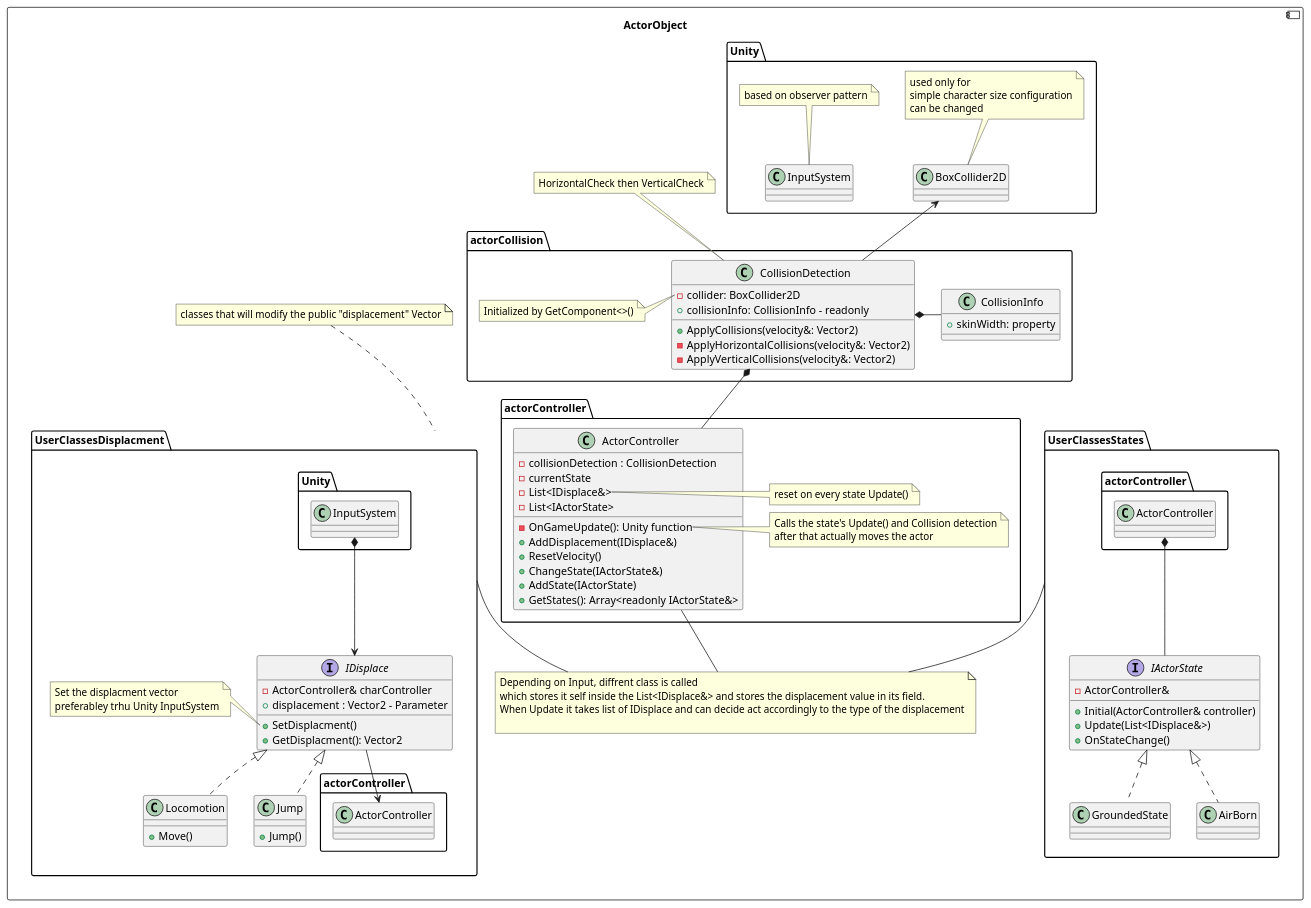
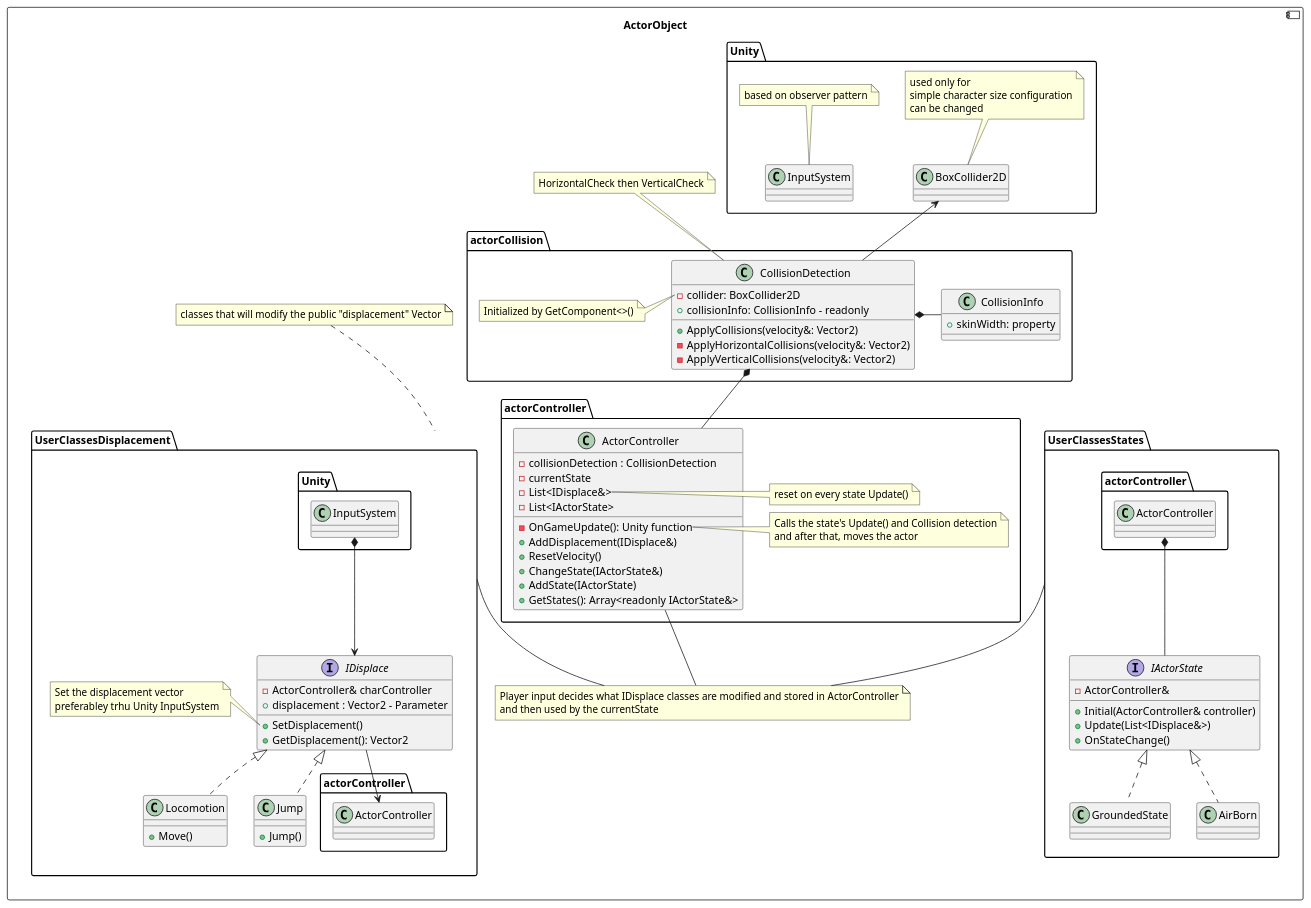
The first of 2 diagrams in UMLs/src/Class_Diagram_Overview.puml (CZOLGOWUS/Unity_2d_Character_Controller), drawn with PlantUML before and after one commit. The commit also changed other lines of this file and 74 other files, not shown here.

```diff
--- a/UMLs/src/Class_Diagram_Overview.puml
+++ b/UMLs/src/Class_Diagram_Overview.puml
@@ -1,163 +1,161 @@
 @startuml class_overview
 component ActorObject{
 namespace Unity{
     class BoxCollider2D
     {
 
     }
     class InputSystem 
     {
     }
 
 /' ++++++++++ NOTES ++++++++++ '/
 note top of BoxCollider2D
     used only for
     simple character size configuration
     can be changed
 end note
 
 note top of InputSystem
     based on observer pattern
 end note
 /' --------- NOTES ----------- '/
 
 }
 
 namespace actorCollision{
 
     class CollisionInfo 
     {
         + skinWidth: property
     }
 
     class CollisionDetection 
     {
         - collider: BoxCollider2D 
         + collisionInfo: CollisionInfo - readonly
         + ApplyCollisions(velocity&: Vector2)
         - ApplyHorizontalCollisions(velocity&: Vector2)
         - ApplyVerticalCollisions(velocity&: Vector2)
     }
 
     CollisionDetection *- CollisionInfo
 
 /' ++++++++++ NOTES ++++++++++ '/
 note left of CollisionDetection::collider
     Initialized by GetComponent<>()
 end note
 /' --------- NOTES ----------- '/
 
 }
 
 namespace actorController{
 
     class ActorController
     {
         - collisionDetection : CollisionDetection
         - currentState
         - List<IDisplace&>
         - List<IActorState>
         - OnGameUpdate(): Unity function
         + AddDisplacement(IDisplace&)
         + ResetVelocity()
         + ChangeState(IActorState&)
         + AddState(IActorState) /'debatable if nessesery'/
         + GetStates(): Array<readonly IActorState&>
     }
 
 
 /' ++++++++++ NOTES ++++++++++ '/
 note right of ActorController::List<IDisplace&>
     reset on every state Update()
 end note
 
 note right of ActorController::OnGameUpdate
     Calls the state's Update() and Collision detection
-    after that actually moves the actor
+    and after that, moves the actor
 end note
 /' --------- NOTES ----------- '/
 
 }
 
-namespace UserClassesDisplacment{
+namespace UserClassesDisplacement{
     interface IDisplace
     {
         - ActorController& charController
         + displacement : Vector2 - Parameter
-        + SetDisplacment()
-        + GetDisplacment(): Vector2
+        + SetDisplacement()
+        + GetDisplacement(): Vector2
     }
 
     class Locomotion implements IDisplace
     {
         + Move()
     }
     class Jump  implements IDisplace
     {
         + Jump()
     }
 
     Unity.InputSystem *--> IDisplace
     IDisplace --> actorController.ActorController
 
 /' ++++++++++ NOTES ++++++++++ '/
-note left of IDisplace::SetDisplacment
-    Set the displacment vector 
+note left of IDisplace::SetDisplacement
+    Set the displacement vector 
     preferabley trhu Unity InputSystem
 end note
 /' --------- NOTES ----------- '/
 }
 
 namespace UserClassesStates{
     interface IActorState
     {
         - ActorController&
         + Initial(ActorController& controller)
         + Update(List<IDisplace&>)
         + OnStateChange()
     }
 
     class GroundedState implements IActorState
     {
 
     }
 
     class AirBorn implements IActorState
     {
 
     }
 
     actorController.ActorController *-d- IActorState
 }
 
 actorCollision.CollisionDetection *-- actorController.ActorController
 
 actorCollision.CollisionDetection -u-> Unity.BoxCollider2D
 
 
 
 /' ++++++++++ NOTES ++++++++++ '/
 
 note top of actorCollision.CollisionDetection
     HorizontalCheck then VerticalCheck
 end note
 
-note top of UserClassesDisplacment
+note top of UserClassesDisplacement
     classes that will modify the public "displacement" Vector
 end note
 
 note as IDisplaceIActorStateNote
-    Depending on Input, diffrent class is called
-    which stores it self inside the List<IDisplace&> and stores the displacement value in its field.
-    When Update it takes list of IDisplace and can decide act accordingly to the type of the displacement
-
+    Player input decides what IDisplace classes are modified and stored in ActorController
+    and then used by the currentState
 end note 
 
-UserClassesDisplacment -- IDisplaceIActorStateNote
+UserClassesDisplacement -- IDisplaceIActorStateNote
 UserClassesStates -- IDisplaceIActorStateNote
 actorController.ActorController -- IDisplaceIActorStateNote
 
 /' --------- NOTES ----------- '/
 
 }
 @enduml
```
